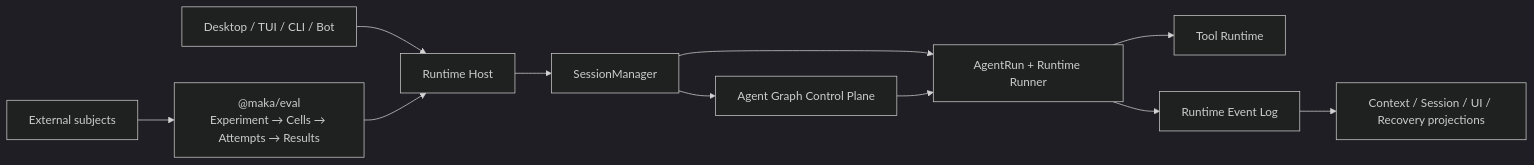
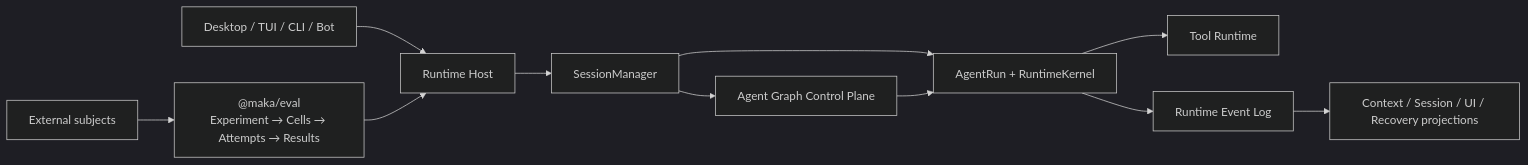
Before and after one commit to 1625567290/maka-agent: the diagram in ARCHITECTURE.md, drawn with Mermaid (dark theme). The commit also changed 38 other files, not shown here.

Commit message:
refactor(runtime): collapse runner shell into kernel (#3718)

````diff
--- a/ARCHITECTURE.md
+++ b/ARCHITECTURE.md
@@ -26,14 +26,14 @@
 ```mermaid
 flowchart LR
     C["Desktop / TUI / CLI / Bot"] --> H["Runtime Host"]
     H --> S["SessionManager"]
-    S --> R["AgentRun + Runtime Runner"]
+    S --> R["AgentRun + RuntimeKernel"]
     R --> T["Tool Runtime"]
     R --> L["Runtime Event Log"]
     S --> G["Agent Graph Control Plane"]
     G --> R
     L --> P["Context / Session / UI / Recovery projections"]
 
     E["@maka/eval\nExperiment → Cells → Attempts → Results"] --> H
     X["External subjects"] --> E
 ```
````
